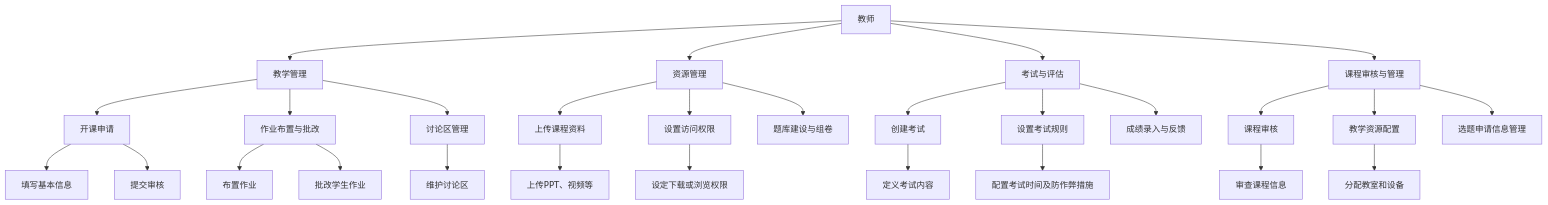
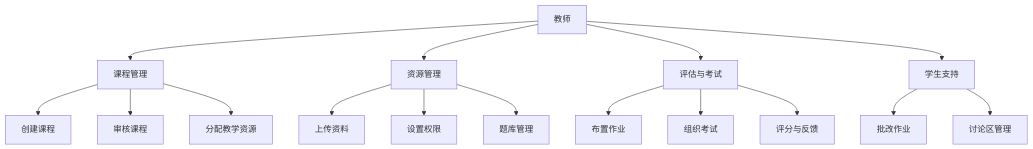
One commit to YOAyes/iodraw-files changed the diagram in all/未命名-4.md. Above: the diagram before and after it, drawn with Mermaid.

Commit message:
2025-05-15 23:15:31 update

````diff
--- a/all/未命名-4.md
+++ b/all/未命名-4.md
@@ -1,35 +1,22 @@
 ```mermaid
 graph TD
-    T[教师] --> TM[教学管理]
-    T --> RM[资源管理]
-    T --> EM[考试与评估]
-    T --> CM[课程审核与管理]
-    
-    TM --> TM1[开课申请]
-    TM --> TM2[作业布置与批改]
-    TM --> TM3[讨论区管理]
+    Teacher[教师] --> CourseManagement[课程管理]
+    Teacher --> ResourceManagement[资源管理]
+    Teacher --> Assessment[评估与考试]
+    Teacher --> StudentSupport[学生支持]
 
-    RM --> RM1[上传课程资料]
-    RM --> RM2[设置访问权限]
-    RM --> RM3[题库建设与组卷]
+    CourseManagement --> CreateCourse[创建课程]
+    CourseManagement --> ReviewCourse[审核课程]
+    CourseManagement --> AllocateResources[分配教学资源]
 
-    EM --> EM1[创建考试]
-    EM --> EM2[设置考试规则]
-    EM --> EM3[成绩录入与反馈]
+    ResourceManagement --> UploadMaterials[上传资料]
+    ResourceManagement --> SetPermissions[设置权限]
+    ResourceManagement --> ManageQuestions[题库管理]
 
-    CM --> CM1[课程审核]
-    CM --> CM2[教学资源配置]
-    CM --> CM3[选题申请信息管理]
+    Assessment --> AssignHomework[布置作业]
+    Assessment --> ConductExams[组织考试]
+    Assessment --> GradeFeedback[评分与反馈]
 
-    TM1 --> TM11[填写基本信息]
-    TM1 --> TM12[提交审核]
-    TM2 --> TM21[布置作业]
-    TM2 --> TM22[批改学生作业]
-    TM3 --> TM31[维护讨论区]
-    RM1 --> RM11[上传PPT、视频等]
-    RM2 --> RM21[设定下载或浏览权限]
-    EM1 --> EM11[定义考试内容]
-    EM2 --> EM21[配置考试时间及防作弊措施]
-    CM1 --> CM11[审查课程信息]
-    CM2 --> CM21[分配教室和设备]
+    StudentSupport --> CorrectAssignments[批改作业]
+    StudentSupport --> ForumManagement[讨论区管理]
 ```
````
